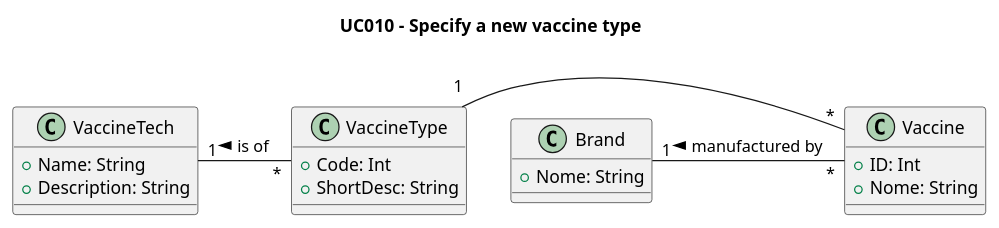
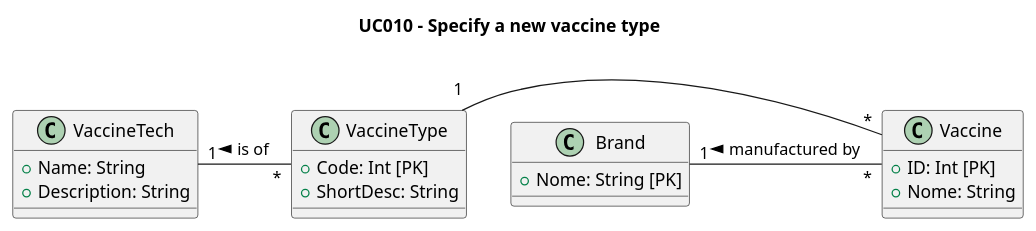
Before and after one commit to rafaafig/SnsTrab: the diagram in sns-base/doc/global/use-cases/UC010/us-UCD010-DM.puml, drawn with PlantUML. The commit also changed 6 other files, not shown here.

```diff
--- a/sns-base/doc/global/use-cases/UC010/us-UCD010-DM.puml
+++ b/sns-base/doc/global/use-cases/UC010/us-UCD010-DM.puml
@@ -1,32 +1,32 @@
 @startuml
 'skinparam monochrome true
 'skinparam shadowing false
 
 title UC010 - Specify a new vaccine type
 
 
 class Vaccine {
-    +ID: Int
+    +ID: Int [PK]
     +Nome: String
 }
 
 class VaccineType{
-    +Code: Int
+    +Code: Int [PK]
     +ShortDesc: String
 }
 
 class VaccineTech{
     +Name: String
     +Description: String
 }
 
 class Brand {
-    +Nome: String
+    +Nome: String [PK]
 }
 
 ' Relationships
 VaccineTech "1   "-"    *" VaccineType : is of <
 VaccineType "1   "-"    *"Vaccine
 Brand "1   "-"    *" Vaccine : manufactured by <
 
 @enduml
```
